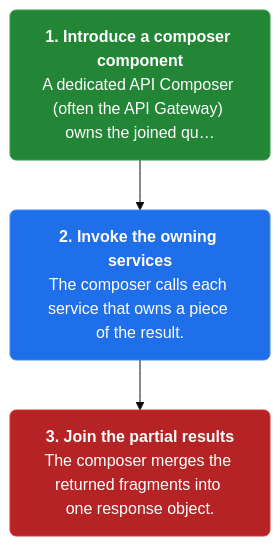
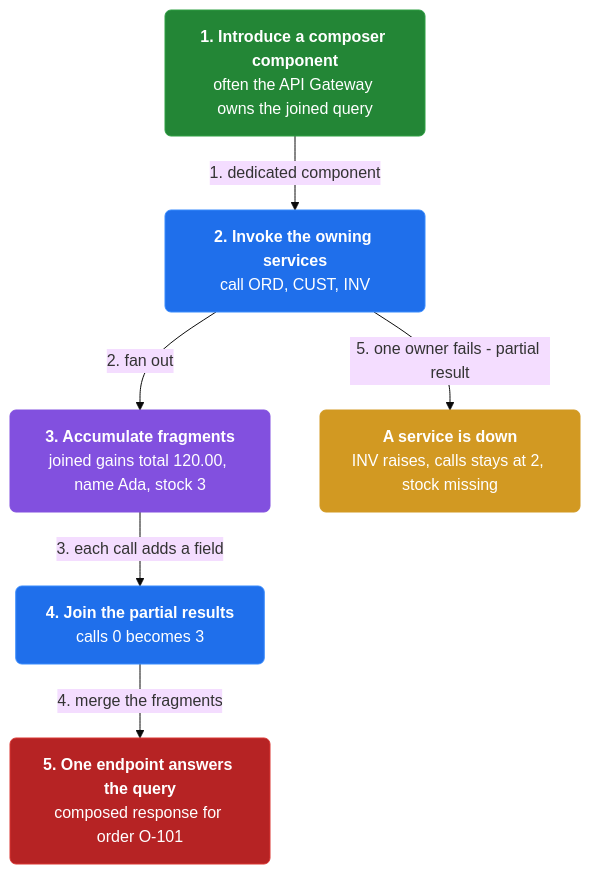
Before and after one commit to vinayakuber/microservices-io-study-guide: the second of 4 diagrams in docs/ch21-api-composition.md, drawn with Mermaid (base theme). The commit also changed other lines of this file and 46 other files, not shown here.

First line of the commit message:
Author rich branching flow diagrams for all 44 chapters

````diff
--- a/docs/ch21-api-composition.md
+++ b/docs/ch21-api-composition.md
@@ -52,11 +62,19 @@
 ```mermaid
 flowchart TD
-  classDef step fill:#1f6feb,color:#ffffff,stroke:#388bfd,stroke-width:1px,rx:6
+  classDef step fill:#1f6feb,color:#ffffff,stroke:#388bfd,rx:6
+  classDef core fill:#8250df,color:#ffffff,stroke:#8250df,rx:6
+  classDef warn fill:#d29922,color:#ffffff,stroke:#d29922,rx:6
   classDef start fill:#238636,color:#ffffff,stroke:#2ea043,rx:6
   classDef stop fill:#b62324,color:#ffffff,stroke:#da3633,rx:6
-  s1n0["<b>1. Introduce a composer component</b><br/>A dedicated API Composer (often the API Gateway) owns the joined qu…"]:::start
-  s1n1["<b>2. Invoke the owning services</b><br/>The composer calls each service that owns a piece of the result."]:::step
-  s1n2["<b>3. Join the partial results</b><br/>The composer merges the returned fragments into one response object."]:::stop
-  s1n0 --> s1n1
-  s1n1 --> s1n2
+  n0["<b>1. Introduce a composer component</b><br/>often the API Gateway owns the joined query"]:::start
+  n1["<b>2. Invoke the owning services</b><br/>call ORD, CUST, INV"]:::step
+  n2["<b>3. Accumulate fragments</b><br/>joined gains total 120.00, name Ada, stock 3"]:::core
+  n3["<b>4. Join the partial results</b><br/>calls 0 becomes 3"]:::step
+  n4["<b>5. One endpoint answers the query</b><br/>composed response for order O-101"]:::stop
+  n5["<b>A service is down</b><br/>INV raises, calls stays at 2, stock missing"]:::warn
+  n0 -->|"1. dedicated component"| n1
+  n1 -->|"2. fan out"| n2
+  n2 -->|"3. each call adds a field"| n3
+  n3 -->|"4. merge the fragments"| n4
+  n1 -->|"5. one owner fails - partial result"| n5
 ```
````
